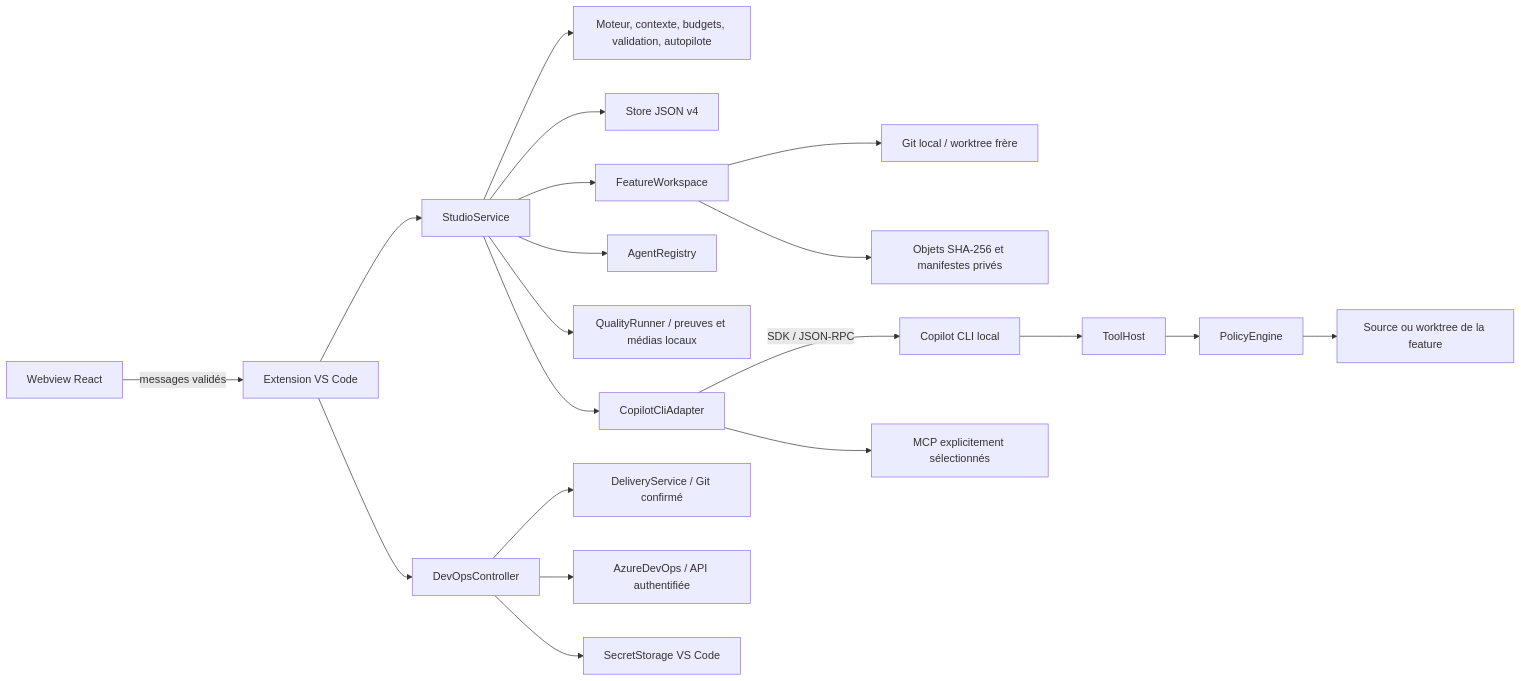
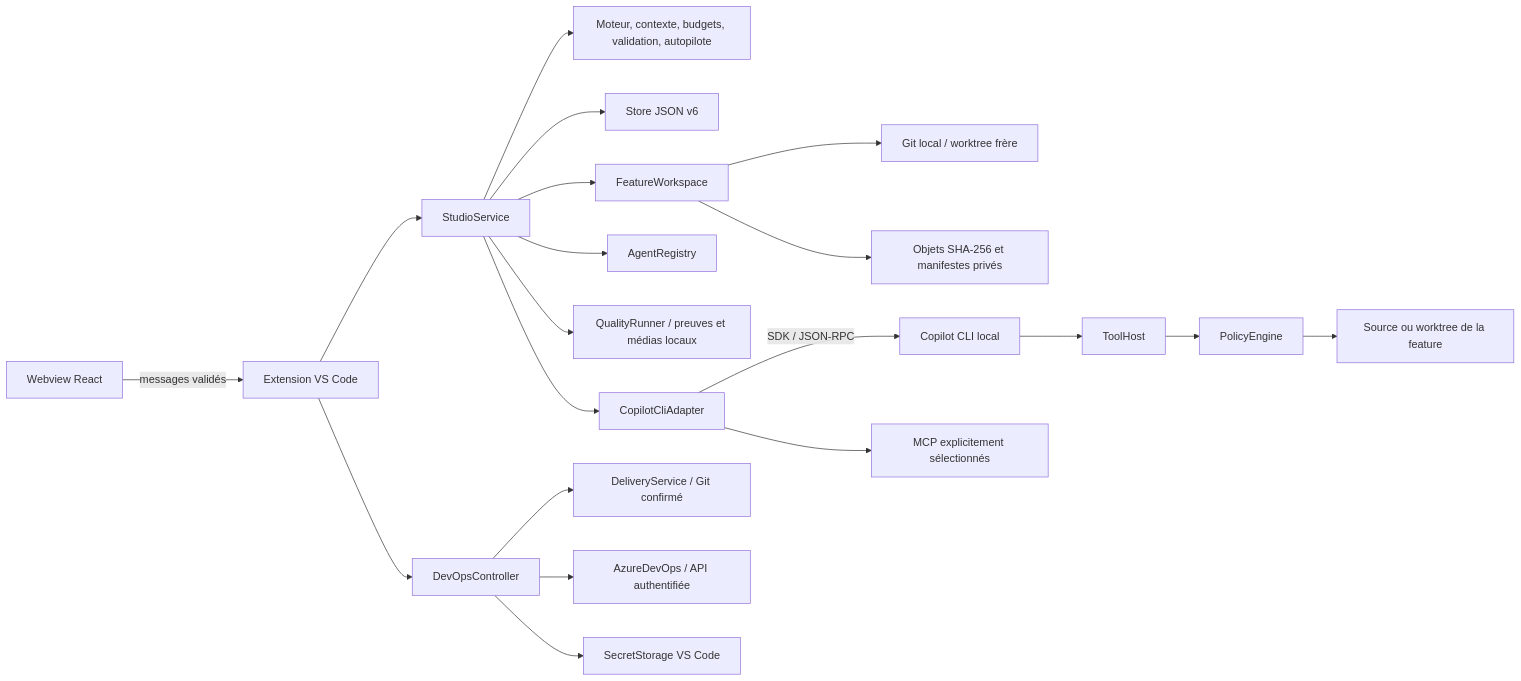
Before and after one commit to MattDevBzh/KerAI: the diagram in docs/ARCHITECTURE.md, drawn with Mermaid. The commit also changed other lines of this file and 21 other files, not shown here.

````diff
--- a/docs/ARCHITECTURE.md
+++ b/docs/ARCHITECTURE.md
@@ -5,22 +5,22 @@
 ```mermaid
 flowchart LR
     UI[Webview React] -->|messages validés| VS[Extension VS Code]
     VS --> Service[StudioService]
     Service --> Core[Moteur, contexte, budgets, validation, autopilote]
-    Service --> Store[Store JSON v4]
+    Service --> Store[Store JSON v6]
     Service --> GitSpace[FeatureWorkspace]
     GitSpace --> Git[Git local / worktree frère]
     GitSpace --> Points[Objets SHA-256 et manifestes privés]
     Service --> Registry[AgentRegistry]
     Service --> Quality[QualityRunner / preuves et médias locaux]
     VS --> DevOps[DevOpsController]
     DevOps --> Delivery[DeliveryService / Git confirmé]
     DevOps --> Boards[AzureDevOps / API authentifiée]
     DevOps --> Secrets[SecretStorage VS Code]
     Service --> Adapter[CopilotCliAdapter]
     Adapter -->|SDK / JSON-RPC| CLI[Copilot CLI local]
     CLI --> Tools[ToolHost]
     Tools --> Policy[PolicyEngine]
     Policy --> Files[Source ou worktree de la feature]
     Adapter --> MCP[MCP explicitement sélectionnés]
 ```
````
